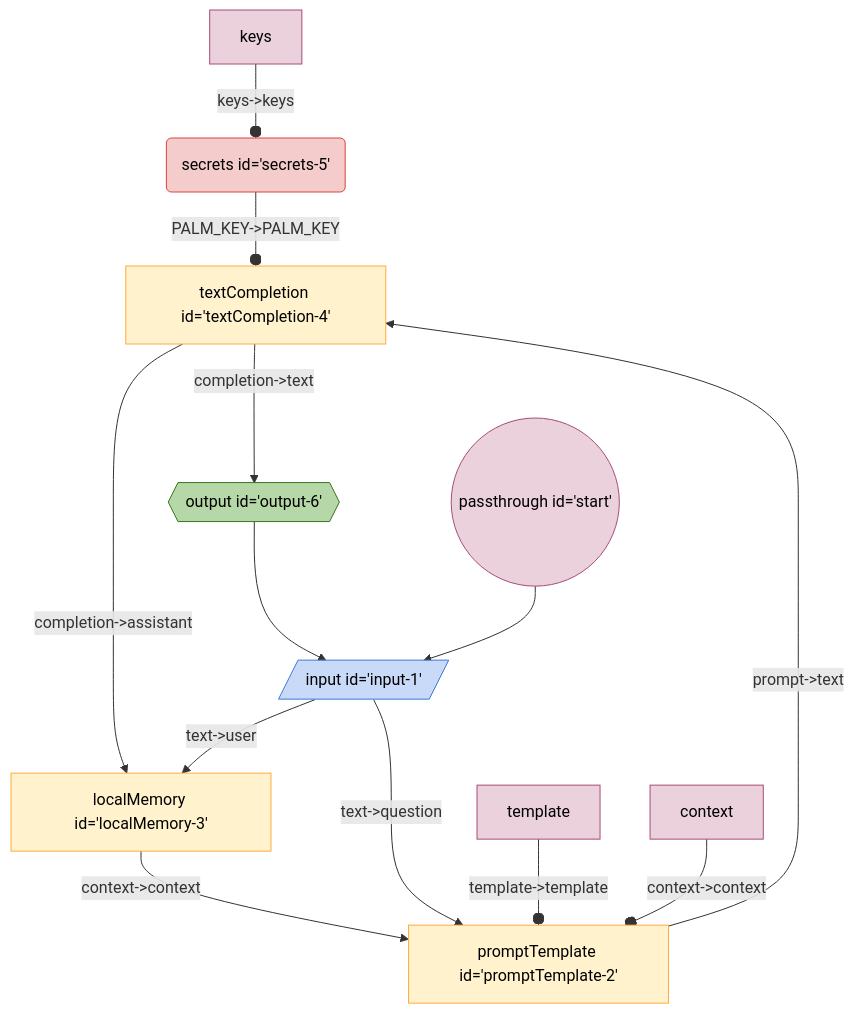
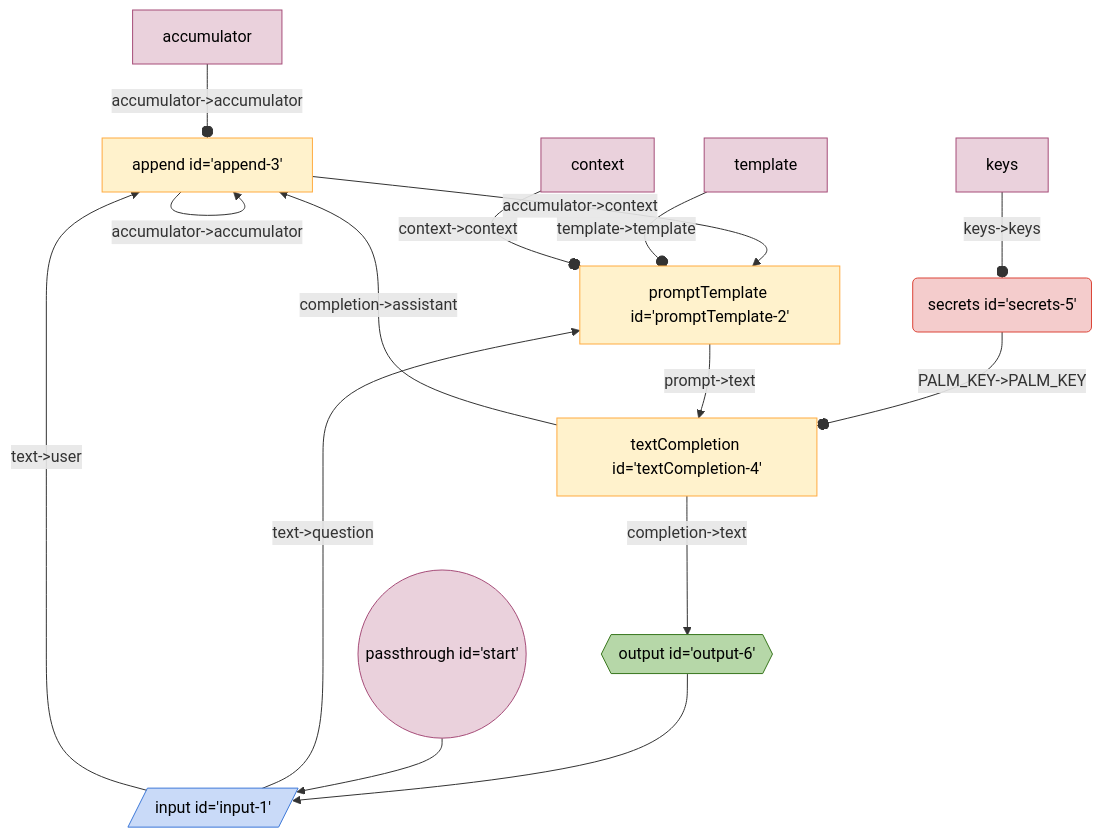
One commit to breadboard-ai/breadboard changed the diagram in seeds/graph-playground/docs/graphs/accumulating-context.md. Above: the diagram before and after it, drawn with Mermaid. The commit also changed 2 other files, not shown here.

Commit message:
[graph-playground] Refactor `accumulating-context` to use `append`.
Progress on #59.

````diff
--- a/seeds/graph-playground/docs/graphs/accumulating-context.md
+++ b/seeds/graph-playground/docs/graphs/accumulating-context.md
@@ -5,24 +5,26 @@
   ```mermaid
   %%{init: 'themeVariables': { 'fontFamily': 'Fira Code, monospace' }}%%
 graph TD;
+append3["append id='append-3'"] -- "accumulator->accumulator" --> append3["append id='append-3'"]
 secrets5("secrets id='secrets-5'"):::secrets -- "PALM_KEY->PALM_KEY" --o textCompletion4["textCompletion id='textCompletion-4'"]
-localMemory3["localMemory id='localMemory-3'"] -- "context->context" --> promptTemplate2["promptTemplate id='promptTemplate-2'"]
-textCompletion4["textCompletion id='textCompletion-4'"] -- "completion->assistant" --> localMemory3["localMemory id='localMemory-3'"]
+append3["append id='append-3'"] -- "accumulator->context" --> promptTemplate2["promptTemplate id='promptTemplate-2'"]
+textCompletion4["textCompletion id='textCompletion-4'"] -- "completion->assistant" --> append3["append id='append-3'"]
 output6{{"output id='output-6'"}}:::output --> input1[/"input id='input-1'"/]:::input
 textCompletion4["textCompletion id='textCompletion-4'"] -- "completion->text" --> output6{{"output id='output-6'"}}:::output
 promptTemplate2["promptTemplate id='promptTemplate-2'"] -- "prompt->text" --> textCompletion4["textCompletion id='textCompletion-4'"]
 input1[/"input id='input-1'"/]:::input -- "text->question" --> promptTemplate2["promptTemplate id='promptTemplate-2'"]
-input1[/"input id='input-1'"/]:::input -- "text->user" --> localMemory3["localMemory id='localMemory-3'"]
+input1[/"input id='input-1'"/]:::input -- "text->user" --> append3["append id='append-3'"]
 start(("passthrough id='start'")):::passthrough --> input1[/"input id='input-1'"/]:::input
 templatepromptTemplate2[template]:::config -- "template->template" --o promptTemplate2
 contextpromptTemplate2[context]:::config -- "context->context" --o promptTemplate2
+accumulatorappend3[accumulator]:::config -- "accumulator->accumulator" --o append3
 keyssecrets5[keys]:::config -- "keys->keys" --o secrets5
 classDef default stroke:#ffab40,fill:#fff2ccff,color:#000
 classDef input stroke:#3c78d8,fill:#c9daf8ff,color:#000
 classDef output stroke:#38761d,fill:#b6d7a8ff,color:#000
 classDef passthrough stroke:#a64d79,fill:#ead1dcff,color:#000
 classDef slot stroke:#a64d79,fill:#ead1dcff,color:#000
 classDef config stroke:#a64d79,fill:#ead1dcff,color:#000
 classDef secrets stroke:#db4437,fill:#f4cccc,color:#000
 classDef slotted stroke:#a64d79
   ```
````
